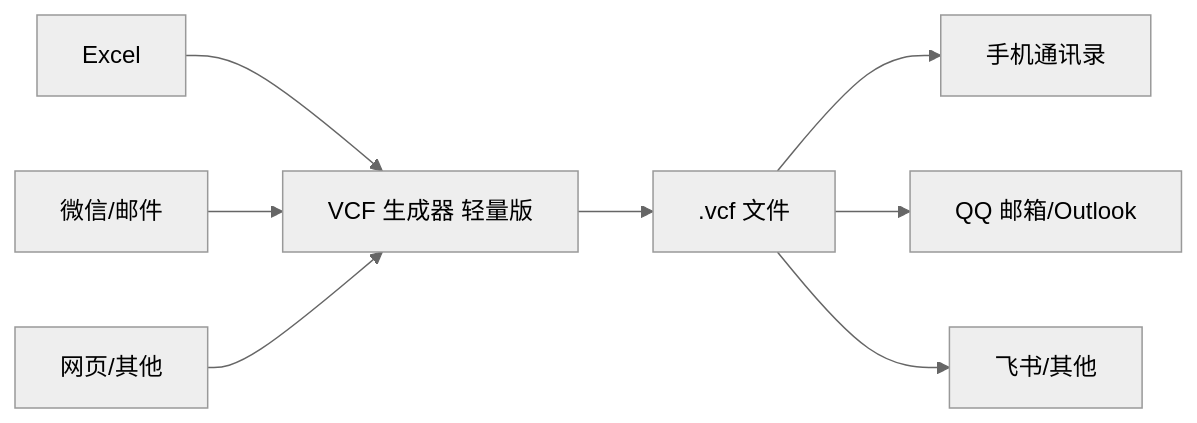
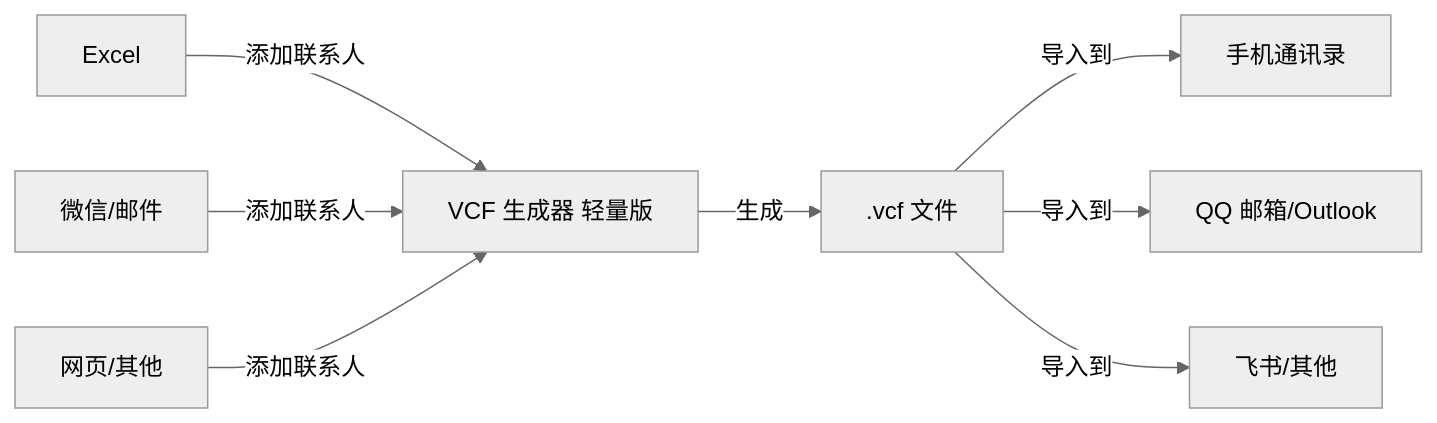
Before and after one commit to hellotool/VCFGeneratorLiteWithTkinter: the diagram in docs/index.md, drawn with Mermaid (neutral theme). The commit also changed other lines of this file and 7 other files, not shown here.

````diff
--- a/docs/index.md
+++ b/docs/index.md
@@ -5,10 +5,10 @@
 ```mermaid
 graph LR
-    A[Excel] --> D[VCF 生成器 轻量版]
-    B[微信/邮件] --> D
-    C[网页/其他] --> D
-    D --> E[.vcf 文件]
-    E --> F[手机通讯录]
-    E --> G[QQ 邮箱/Outlook]
-    E --> H[飞书/其他]
+    A[Excel] -->|添加联系人| D[VCF 生成器 轻量版]
+    B[微信/邮件] -->|添加联系人| D
+    C[网页/其他] -->|添加联系人| D
+    D -->|生成| E[.vcf 文件]
+    E -->|导入到| F[手机通讯录]
+    E -->|导入到| G[QQ 邮箱/Outlook]
+    E -->|导入到| H[飞书/其他]
 ```
````
